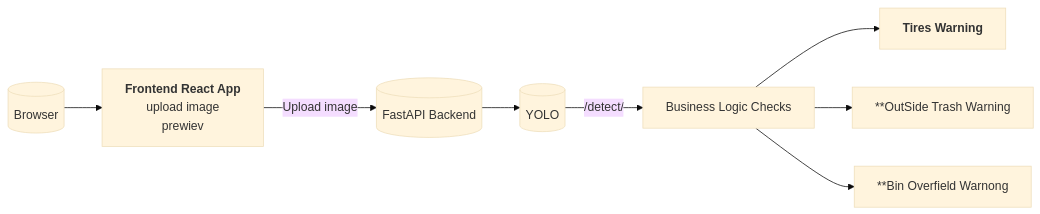
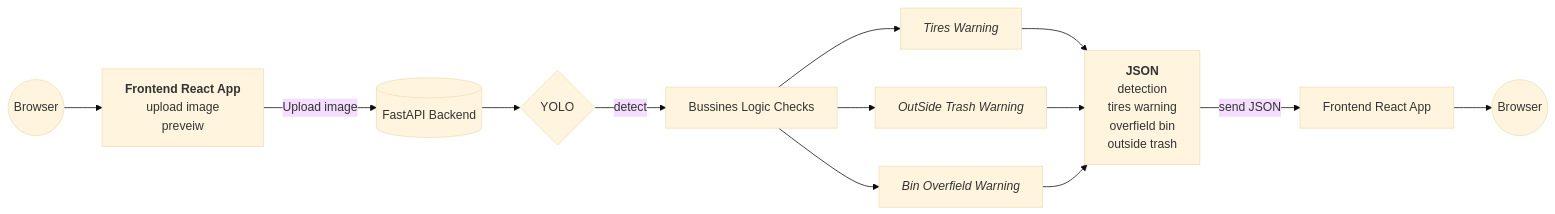
Before and after one commit to nboravlev/Trash_detection_with_YOLO: the diagram in README.md, drawn with Mermaid (base theme).

Commit message:
Update README.md
mermaid chart

````diff
--- a/README.md
+++ b/README.md
@@ -12,17 +12,25 @@
 ```mermaid
 flowchart LR
 %% User and Frontend %%
-A[(Browser)] -->
+A((Browser)) -->
 B["`__Frontend React App__
 upload image
-prewiev`"]
+preveiw`"]
 %% Backend 
 B --> |Upload image| C[(FastAPI Backend)]
-C --> D[(YOLO)]
-D --> |/detect/| E[Business Logic Checks]
-E --> F["`**Tires Warning**`"]
-E --> G["`**OutSide Trash Warning`"]
-E --> H["`**Bin Overfield Warnong`"]
-    
-   
+C --> D{YOLO}
+D --> |detect| E[Bussines Logic Checks]
+E --> F["`_Tires Warning_`"]
+E --> G["`_OutSide Trash Warning_`"]
+E --> H["`_Bin Overfield Warning_`"]
+
+F --> I["`__JSON__
+detection
+tires warning
+overfield bin
+outside trash`"]
+G --> I
+H --> I
+I --> |send JSON| J[Frontend React App]  
+J --> K((Browser))
 ```
````
